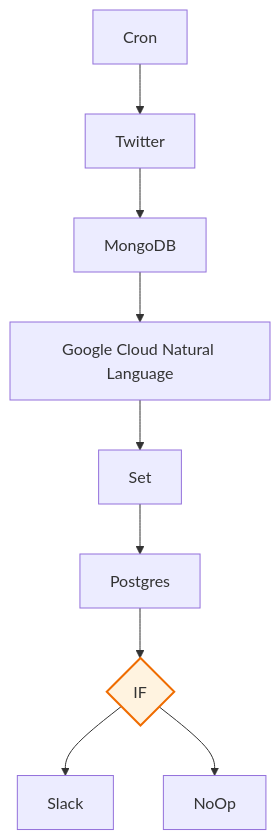
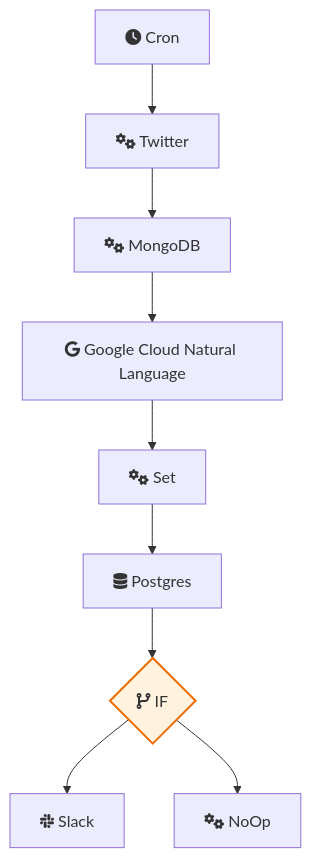
Before and after one commit to sreyash3105/N8N-DEMO-AUTOMATIONS: the diagram in PDF_and_Document_Processing/Etl Pipeline.md, drawn with Mermaid. The commit also changed 291 other files, not shown here.

````diff
--- a/PDF_and_Document_Processing/Etl Pipeline.md
+++ b/PDF_and_Document_Processing/Etl Pipeline.md
@@ -1,25 +1,25 @@
 ```mermaid
 graph TD
     classDef trigger fill:#e8f5e9,stroke:#2e7d32,stroke-width:2px;
     classDef ai fill:#e3f2fd,stroke:#1565c0,stroke-width:2px;
     classDef logic fill:#fff3e0,stroke:#ef6c00,stroke-width:2px;
 
-    Twitter["Twitter"]
-    Postgres["Postgres"]
-    MongoDB["MongoDB"]
-    Slack["Slack"]
-    IF{"IF"}:::logic
-    NoOp["NoOp"]
-    Google_Cloud_Natural_Language["Google Cloud Natural Language"]
-    Set["Set"]
-    Cron["Cron"]
+    Twitter["fas:fa-cogs Twitter"]
+    Postgres["fas:fa-database Postgres"]
+    MongoDB["fas:fa-cogs MongoDB"]
+    Slack["fab:fa-slack Slack"]
+    IF{"fas:fa-code-branch IF"}:::logic
+    NoOp["fas:fa-cogs NoOp"]
+    Google_Cloud_Natural_Language["fab:fa-google Google Cloud Natural Language"]
+    Set["fas:fa-cogs Set"]
+    Cron["fas:fa-clock Cron"]
 
     IF --> Slack
     IF --> NoOp
     Set --> Postgres
     Cron --> Twitter
     MongoDB --> Google_Cloud_Natural_Language
     Twitter --> MongoDB
     Postgres --> IF
     Google_Cloud_Natural_Language --> Set
 ```
````
